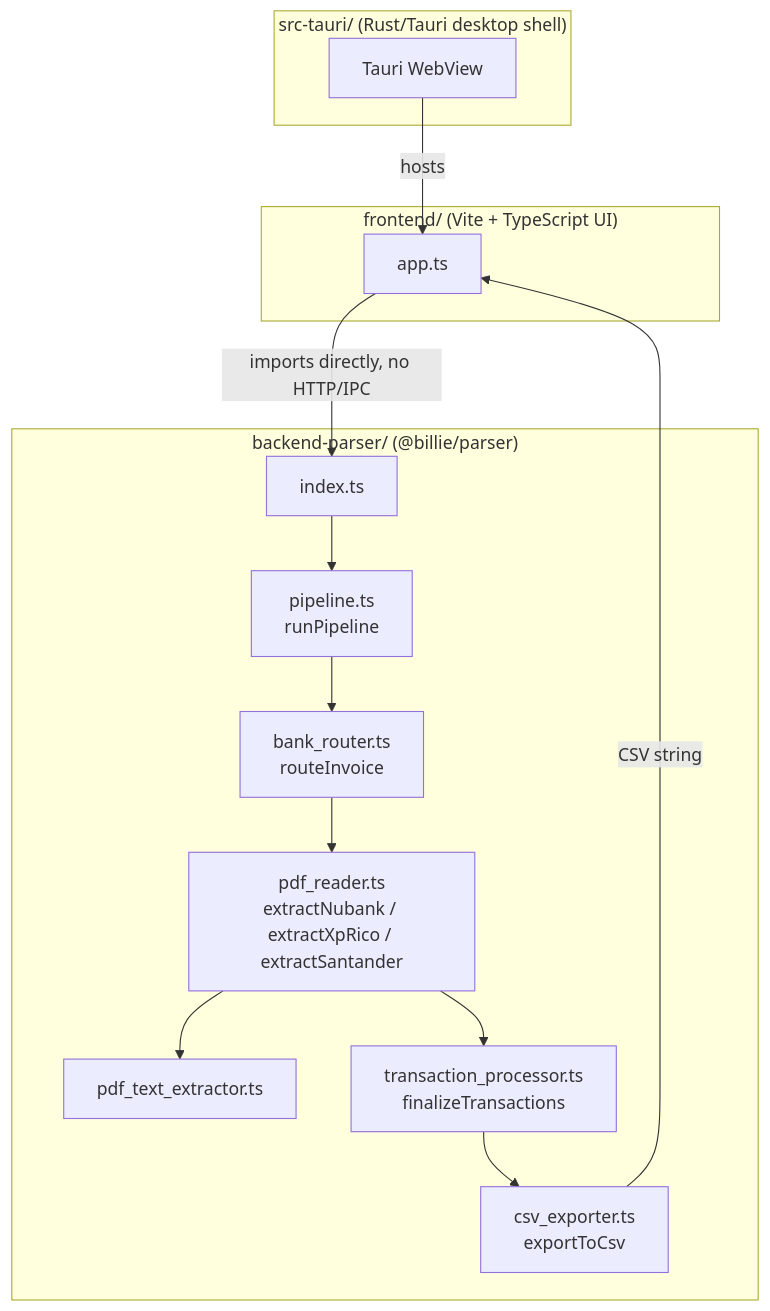
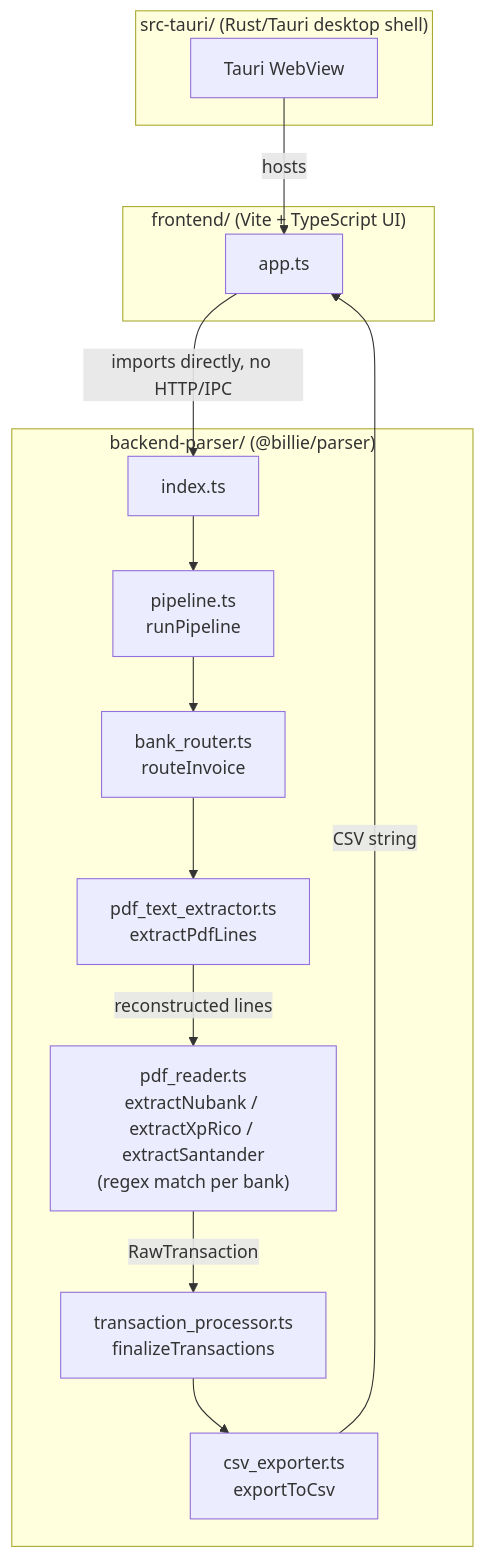
The diagram in README.md (eduardoteranisi/billie-project), drawn with Mermaid before and after one commit. The commit also changed other lines of this file, not shown here.

Commit message:
fix: clarify parsing pipeline is sequential, not branching
The diagram previously showed pdf_reader.ts fanning out to both
pdf_text_extractor.ts and transaction_processor.ts as siblings,
which reads as two parallel flows. In the actual code, each
extractX function calls extractPdfLines first, then regex-matches
the lines, then calls finalizeTransactions last — strictly linear.

````diff
--- a/README.md
+++ b/README.md
@@ -60,30 +60,30 @@
 ```mermaid
 graph TD
     subgraph "src-tauri/ (Rust/Tauri desktop shell)"
         TAURI[Tauri WebView]
     end
 
     subgraph "frontend/ (Vite + TypeScript UI)"
         APP[app.ts]
     end
 
     subgraph "backend-parser/ (@billie/parser)"
         IDX[index.ts]
         PIPE["pipeline.ts<br/>runPipeline"]
         ROUTER["bank_router.ts<br/>routeInvoice"]
-        READER["pdf_reader.ts<br/>extractNubank / extractXpRico / extractSantander"]
-        TXTEX[pdf_text_extractor.ts]
+        TXTEX["pdf_text_extractor.ts<br/>extractPdfLines"]
+        READER["pdf_reader.ts<br/>extractNubank / extractXpRico / extractSantander<br/>(regex match per bank)"]
         PROC["transaction_processor.ts<br/>finalizeTransactions"]
         CSV["csv_exporter.ts<br/>exportToCsv"]
     end
 
     TAURI -->|hosts| APP
     APP -->|imports directly, no HTTP/IPC| IDX
     IDX --> PIPE
     PIPE --> ROUTER
-    ROUTER --> READER
-    READER --> TXTEX
-    READER --> PROC
+    ROUTER --> TXTEX
+    TXTEX -->|reconstructed lines| READER
+    READER -->|RawTransaction| PROC
     PROC --> CSV
     CSV -->|CSV string| APP
 ```
````
